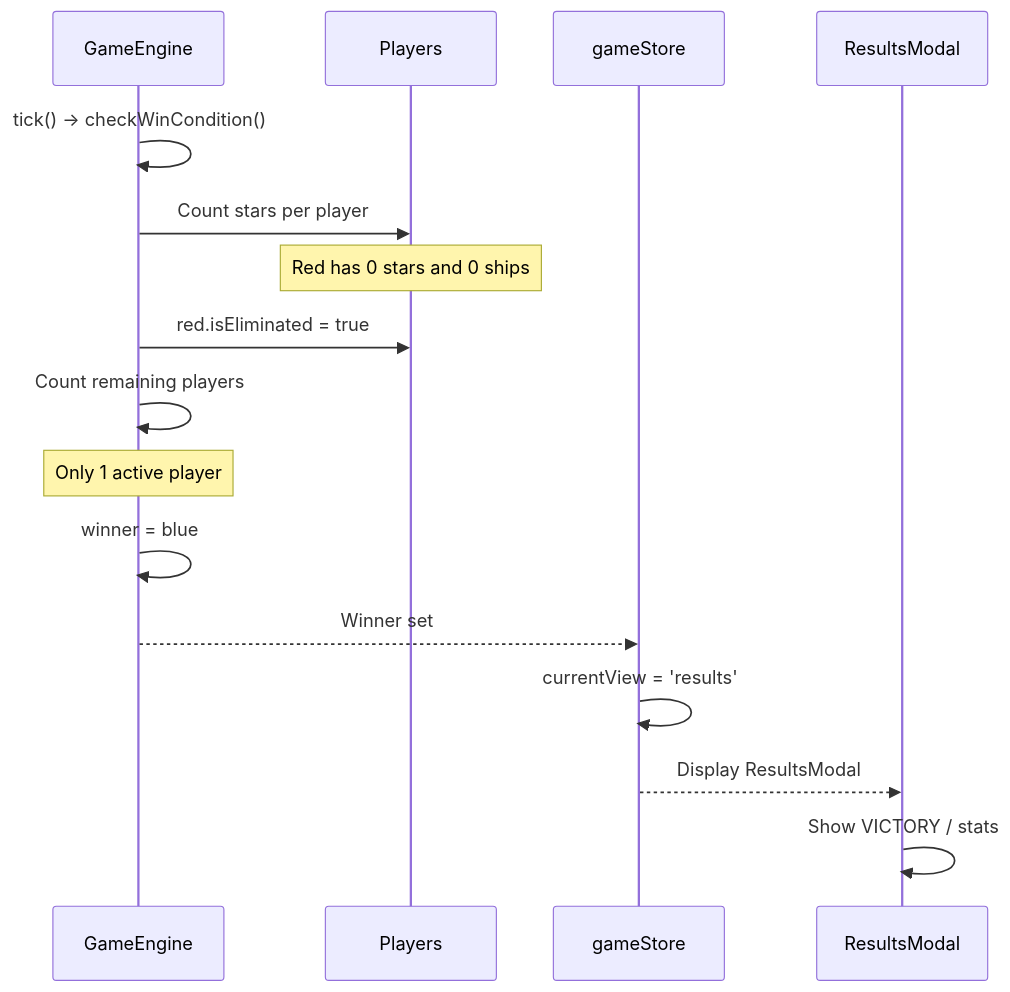
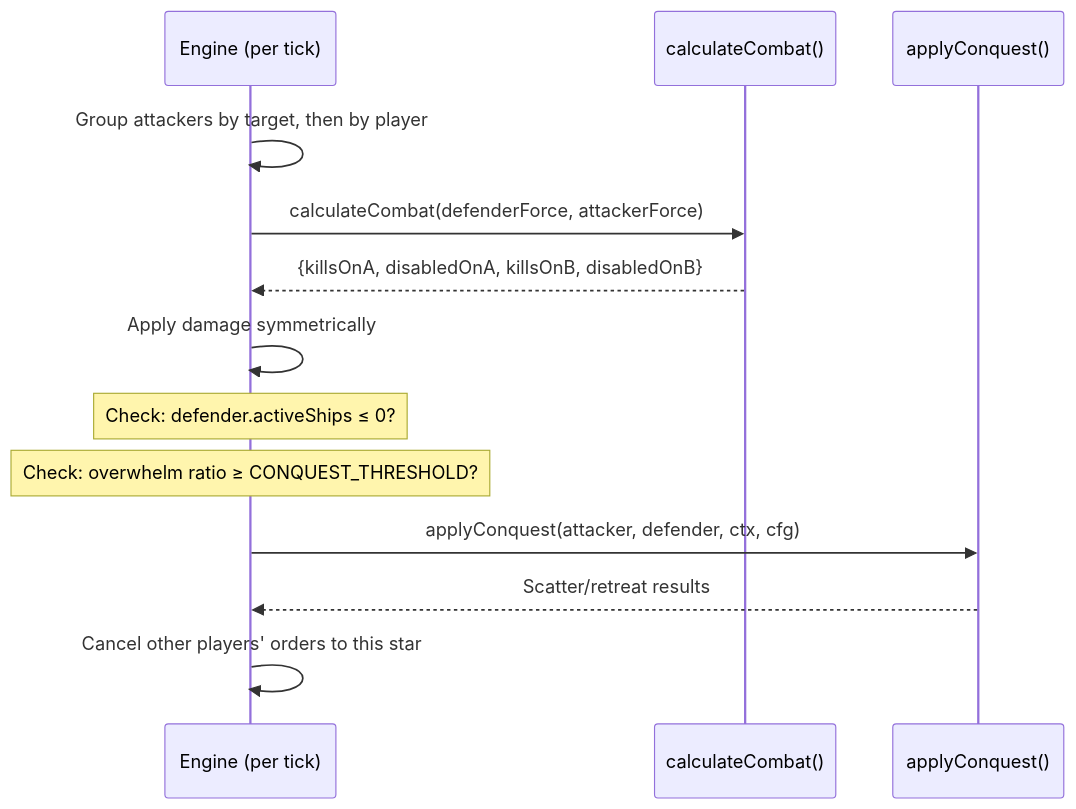
The third of 3 diagrams in .atlas/04_FUNCTIONAL_STORY.md (mikepeiman/pax-fluxia), drawn with Mermaid before and after one commit. The commit also changed other lines of this file, not shown here.

Commit message:
docs: update 04_FUNCTIONAL_STORY.md  add MP flow, deferred orders, variable tuning stories

````diff
--- a/.atlas/04_FUNCTIONAL_STORY.md
+++ b/.atlas/04_FUNCTIONAL_STORY.md
@@ -253,19 +133,16 @@
 ```mermaid
 sequenceDiagram
-    participant E as GameEngine
-    participant P as Players
-    participant S as gameStore
-    participant R as ResultsModal
+    participant E as Engine (per tick)
+    participant CC as calculateCombat()
+    participant CQ as applyConquest()
 
-    E->>E: tick() → checkWinCondition()
-    E->>P: Count stars per player
-    Note over P: Red has 0 stars and 0 ships
-    E->>P: red.isEliminated = true
-    E->>E: Count remaining players
-    Note over E: Only 1 active player
-    E->>E: winner = blue
-    E-->>S: Winner set
-    S->>S: currentView = 'results'
-    S-->>R: Display ResultsModal
-    R->>R: Show VICTORY / stats
+    E->>E: Group attackers by target, then by player
+    E->>CC: calculateCombat(defenderForce, attackerForce)
+    CC-->>E: {killsOnA, disabledOnA, killsOnB, disabledOnB}
+    E->>E: Apply damage symmetrically
+    Note over E: Check: defender.activeShips ≤ 0?
+    Note over E: Check: overwhelm ratio ≥ CONQUEST_THRESHOLD?
+    E->>CQ: applyConquest(attacker, defender, ctx, cfg)
+    CQ-->>E: Scatter/retreat results
+    E->>E: Cancel other players' orders to this star
 ```
````
